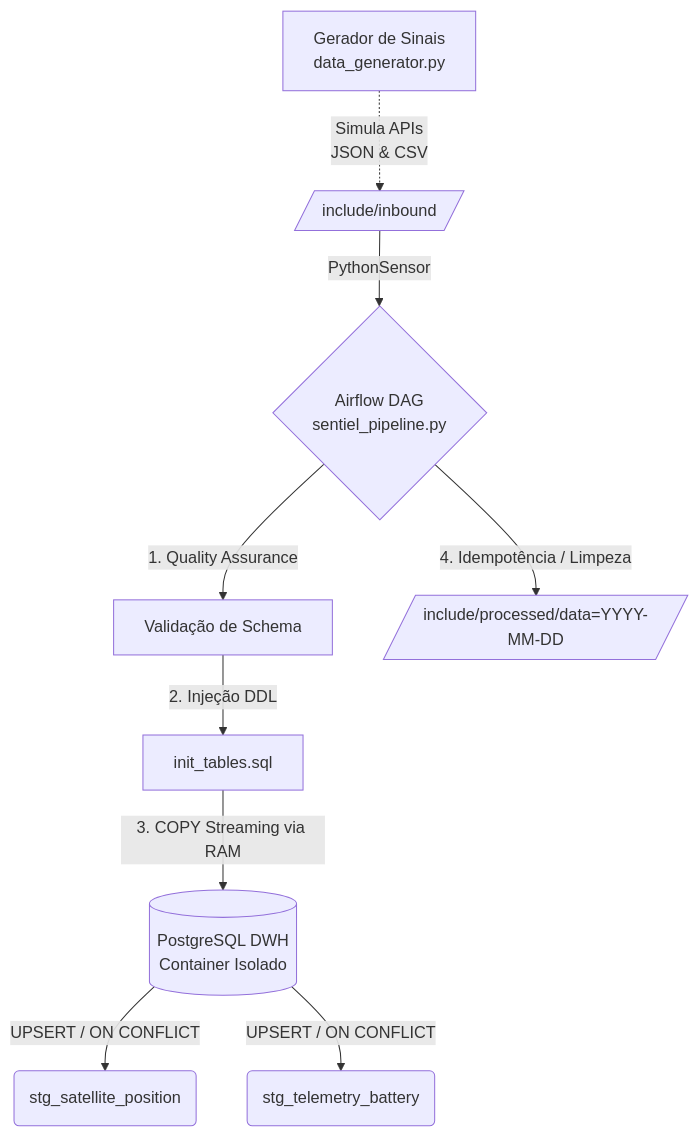
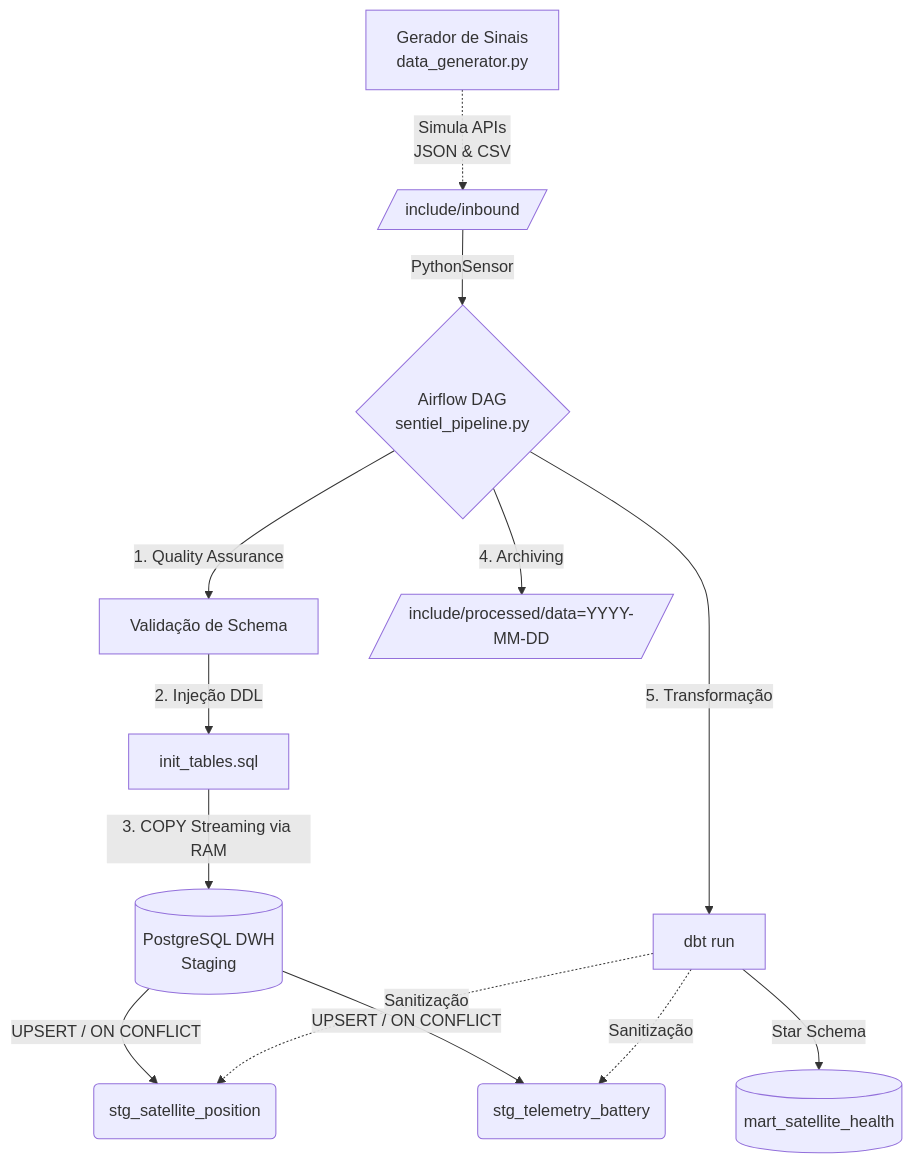
One commit to ASGodolfim/Projeto-Sentinela-de-Orbita changed the diagram in README.md. Above: the diagram before and after it, drawn with Mermaid. The commit also changed other lines of this file, not shown here.

````diff
--- a/README.md
+++ b/README.md
@@ -19,14 +20,19 @@
 ```mermaid
 graph TD
     A[Gerador de Sinais<br>data_generator.py] -.->|Simula APIs<br>JSON & CSV| B[/include/inbound/]
     B -->|PythonSensor| C{Airflow DAG<br>sentiel_pipeline.py}
     
     C -->|1. Quality Assurance| D[Validação de Schema]
     D -->|2. Injeção DDL| E[init_tables.sql]
     
-    E -->|3. COPY Streaming via RAM| F[(PostgreSQL DWH<br>Container Isolado)]
+    E -->|3. COPY Streaming via RAM| F[(PostgreSQL DWH<br>Staging)]
     F -->|UPSERT / ON CONFLICT| G(stg_satellite_position)
     F -->|UPSERT / ON CONFLICT| H(stg_telemetry_battery)
     
-    C -->|4. Idempotência / Limpeza| I[/include/processed/data=YYYY-MM-DD/]
+    C -->|4. Archiving| I[/include/processed/data=YYYY-MM-DD/]
+    
+    C -->|5. Transformação| J[dbt run]
+    J -.->|Sanitização| G
+    J -.->|Sanitização| H
+    J -->|Star Schema| K[(mart_satellite_health)]
 ```
````
